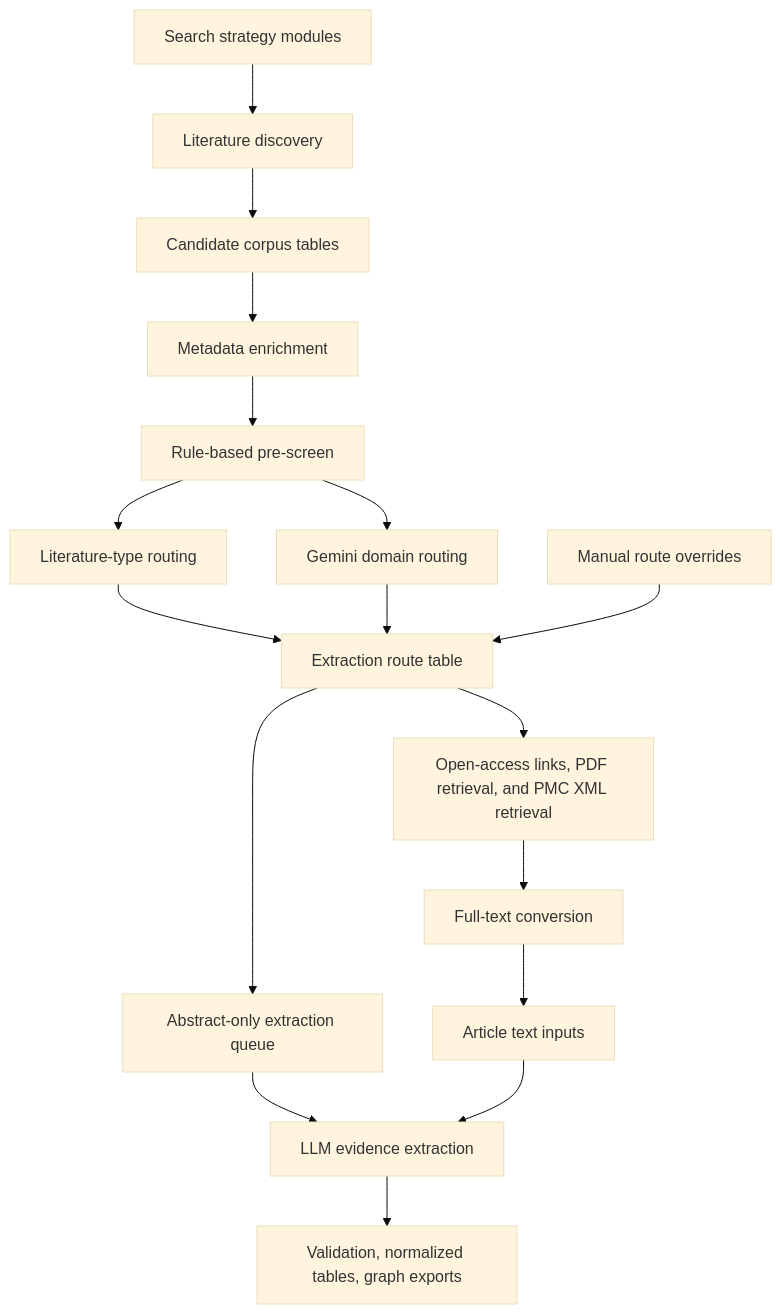
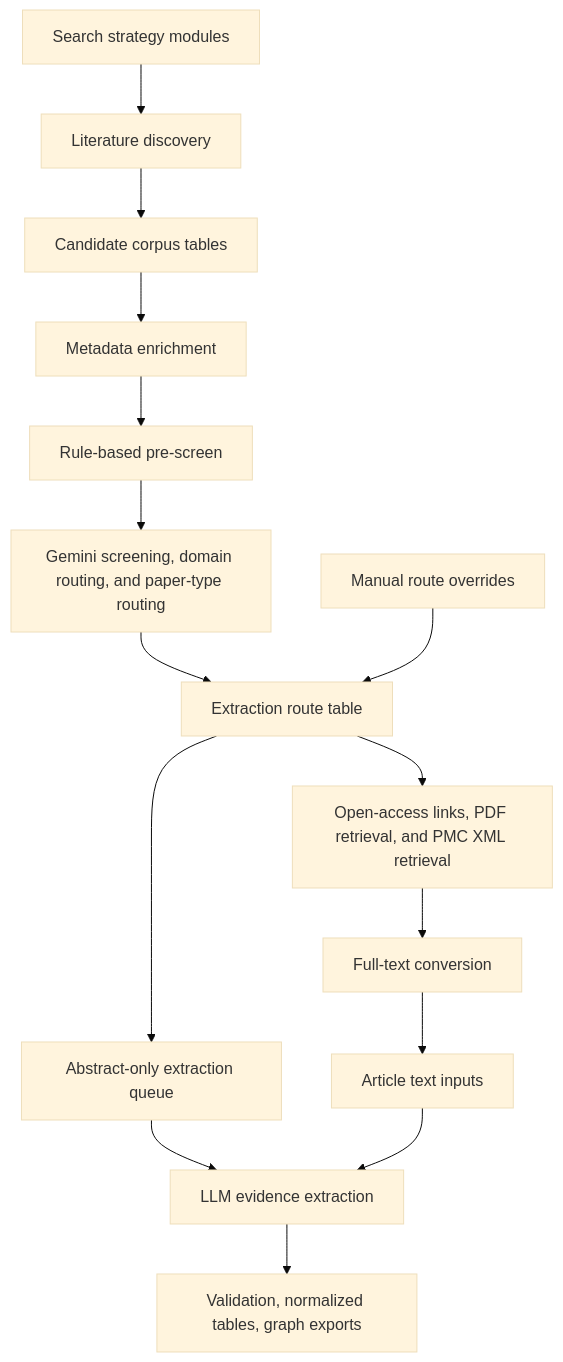
The diagram in pipeline/README.md (povilaskarvelis/psychedelics_knowledge_graph), drawn with Mermaid (base theme) before and after one commit. The commit also changed other lines of this file and 124 other files, not shown here.

Commit message:
Refine knowledge graph routing and schema handling

````diff
--- a/pipeline/README.md
+++ b/pipeline/README.md
@@ -17,19 +17,17 @@
 ```mermaid
 flowchart TD
   A["Search strategy modules"] --> B["Literature discovery"]
   B --> C["Candidate corpus tables"]
   C --> D["Metadata enrichment"]
   D --> E["Rule-based pre-screen"]
-  E --> F["Literature-type routing"]
-  E --> G["Gemini domain routing"]
-  F --> H["Extraction route table"]
-  G --> H
+  E --> G["Gemini screening, domain routing, and paper-type routing"]
+  G --> H["Extraction route table"]
   I["Manual route overrides"] --> H
   H --> J["Open-access links, PDF retrieval, and PMC XML retrieval"]
   J --> K["Full-text conversion"]
   H --> L["Abstract-only extraction queue"]
   K --> M["Article text inputs"]
   L --> N["LLM evidence extraction"]
   M --> N
   N --> O["Validation, normalized tables, graph exports"]
 ```
````
